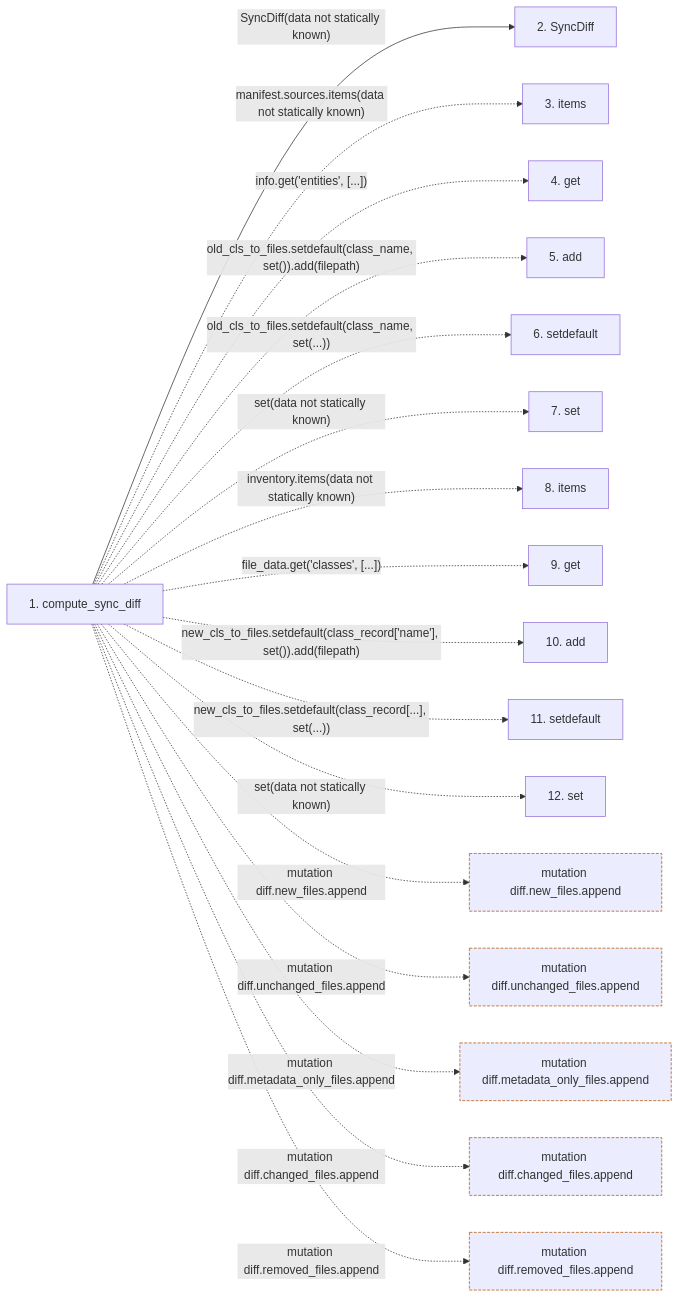
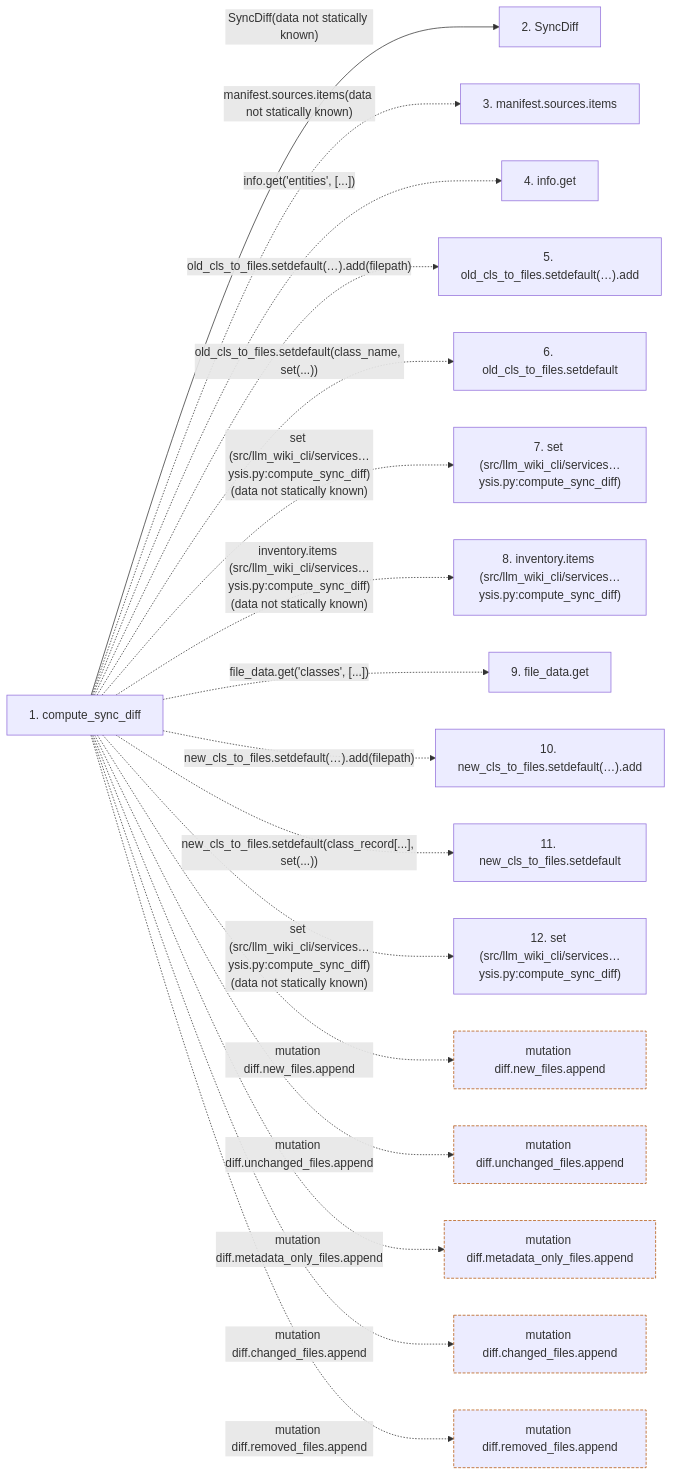
Before and after one commit to Denissvgn/python-wiki-llm: the second of 2 diagrams in docs/llm_wiki/flows/api-compute_sync_diff.md, drawn with Mermaid. The commit also changed other lines of this file and 719 other files, not shown here.

````diff
--- a/docs/llm_wiki/flows/api-compute_sync_diff.md
+++ b/docs/llm_wiki/flows/api-compute_sync_diff.md
@@ -68,44 +76,44 @@
 ```mermaid
 flowchart LR
     s1["1. compute_sync_diff"]
     s2["2. SyncDiff"]
-    s3["3. items"]
-    s4["4. get"]
-    s5["5. add"]
-    s6["6. setdefault"]
-    s7["7. set"]
-    s8["8. items"]
-    s9["9. get"]
-    s10["10. add"]
-    s11["11. setdefault"]
-    s12["12. set"]
+    s3["3. manifest.sources.items"]
+    s4["4. info.get"]
+    s5["5. old_cls_to_files.setdefault(…).add"]
+    s6["6. old_cls_to_files.setdefault"]
+    s7["7. set (src/llm_wiki_cli/services…ysis.py:compute_sync_diff)"]
+    s8["8. inventory.items (src/llm_wiki_cli/services…ysis.py:compute_sync_diff)"]
+    s9["9. file_data.get"]
+    s10["10. new_cls_to_files.setdefault(…).add"]
+    s11["11. new_cls_to_files.setdefault"]
+    s12["12. set (src/llm_wiki_cli/services…ysis.py:compute_sync_diff)"]
     s1 -->|"SyncDiff(data not statically known)"| s2
     s1 -. "manifest.sources.items(data not statically known)" .-> s3
     s1 -. "info.get('entities', [...])" .-> s4
-    s1 -. "old_cls_to_files.setdefault(class_name, set()).add(filepath)" .-> s5
+    s1 -. "old_cls_to_files.setdefault(…).add(filepath)" .-> s5
     s1 -. "old_cls_to_files.setdefault(class_name, set(...))" .-> s6
-    s1 -. "set(data not statically known)" .-> s7
-    s1 -. "inventory.items(data not statically known)" .-> s8
+    s1 -. "set (src/llm_wiki_cli/services…ysis.py:compute_sync_diff)(data not statically known)" .-> s7
+    s1 -. "inventory.items (src/llm_wiki_cli/services…ysis.py:compute_sync_diff)(data not statically known)" .-> s8
     s1 -. "file_data.get('classes', [...])" .-> s9
-    s1 -. "new_cls_to_files.setdefault(class_record['name'], set()).add(filepath)" .-> s10
+    s1 -. "new_cls_to_files.setdefault(…).add(filepath)" .-> s10
     s1 -. "new_cls_to_files.setdefault(class_record[...], set(...))" .-> s11
-    s1 -. "set(data not statically known)" .-> s12
+    s1 -. "set (src/llm_wiki_cli/services…ysis.py:compute_sync_diff)(data not statically known)" .-> s12
     b0["mutation diff.new_files.append"]
     s1 -. "mutation diff.new_files.append" .-> b0
     b1["mutation diff.unchanged_files.append"]
     s1 -. "mutation diff.unchanged_files.append" .-> b1
     b2["mutation diff.metadata_only_files.append"]
     s1 -. "mutation diff.metadata_only_files.append" .-> b2
     b3["mutation diff.changed_files.append"]
     s1 -. "mutation diff.changed_files.append" .-> b3
     b4["mutation diff.removed_files.append"]
     s1 -. "mutation diff.removed_files.append" .-> b4
     click s1 "../modules/sync_analysis.md"
     click s2 "../modules/sync_analysis.md"
     classDef boundary stroke:#b45309,stroke-dasharray: 4 2
     class b0 boundary
     class b1 boundary
     class b2 boundary
     class b3 boundary
     class b4 boundary
 ```
````
